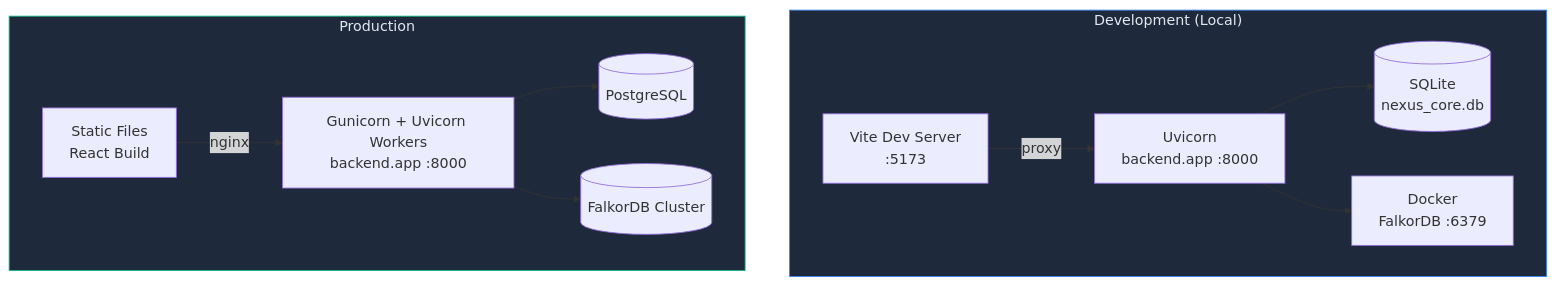
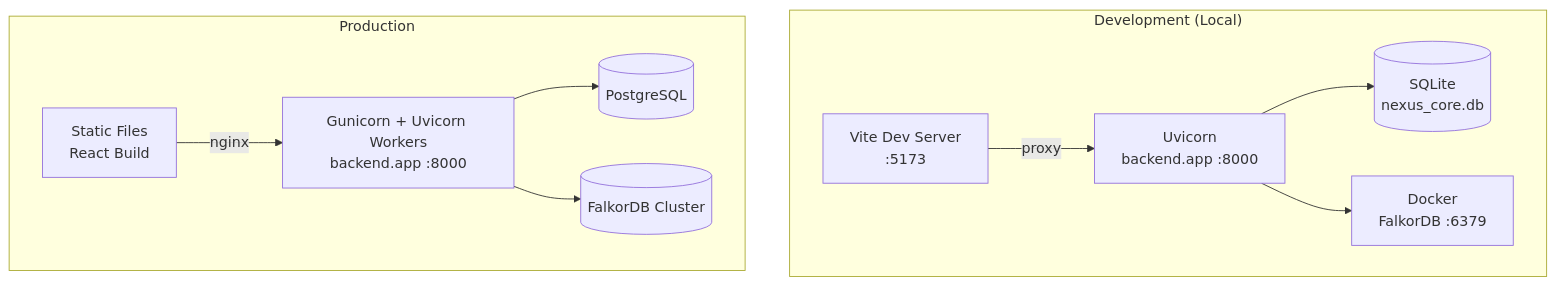
Before and after one commit to rkrumins/dataviz: the sixth of 6 diagrams in docs/ARCHITECTURE.md, drawn with Mermaid. The commit also changed other lines of this file and 46 other files, not shown here.

````diff
--- a/docs/ARCHITECTURE.md
+++ b/docs/ARCHITECTURE.md
@@ -379,27 +369,25 @@
 ```mermaid
 graph TB
     subgraph Dev["Development (Local)"]
         Vite[Vite Dev Server<br/>:5173]
         Uvicorn1[Uvicorn<br/>backend.app :8000]
         SQLite[(SQLite<br/>nexus_core.db)]
         Docker[Docker<br/>FalkorDB :6379]
     end
 
     subgraph Prod["Production"]
         Static[Static Files<br/>React Build]
         Gunicorn1[Gunicorn + Uvicorn Workers<br/>backend.app :8000]
         PG[(PostgreSQL)]
         FDB2[(FalkorDB Cluster)]
     end
 
     Vite -->|proxy| Uvicorn1
     Uvicorn1 --> SQLite
     Uvicorn1 --> Docker
 
     Static -->|nginx| Gunicorn1
     Gunicorn1 --> PG
     Gunicorn1 --> FDB2
 
-    style Dev fill:#1e293b,stroke:#3b82f6,color:#e2e8f0
-    style Prod fill:#1e293b,stroke:#10b981,color:#e2e8f0
 ```
````
